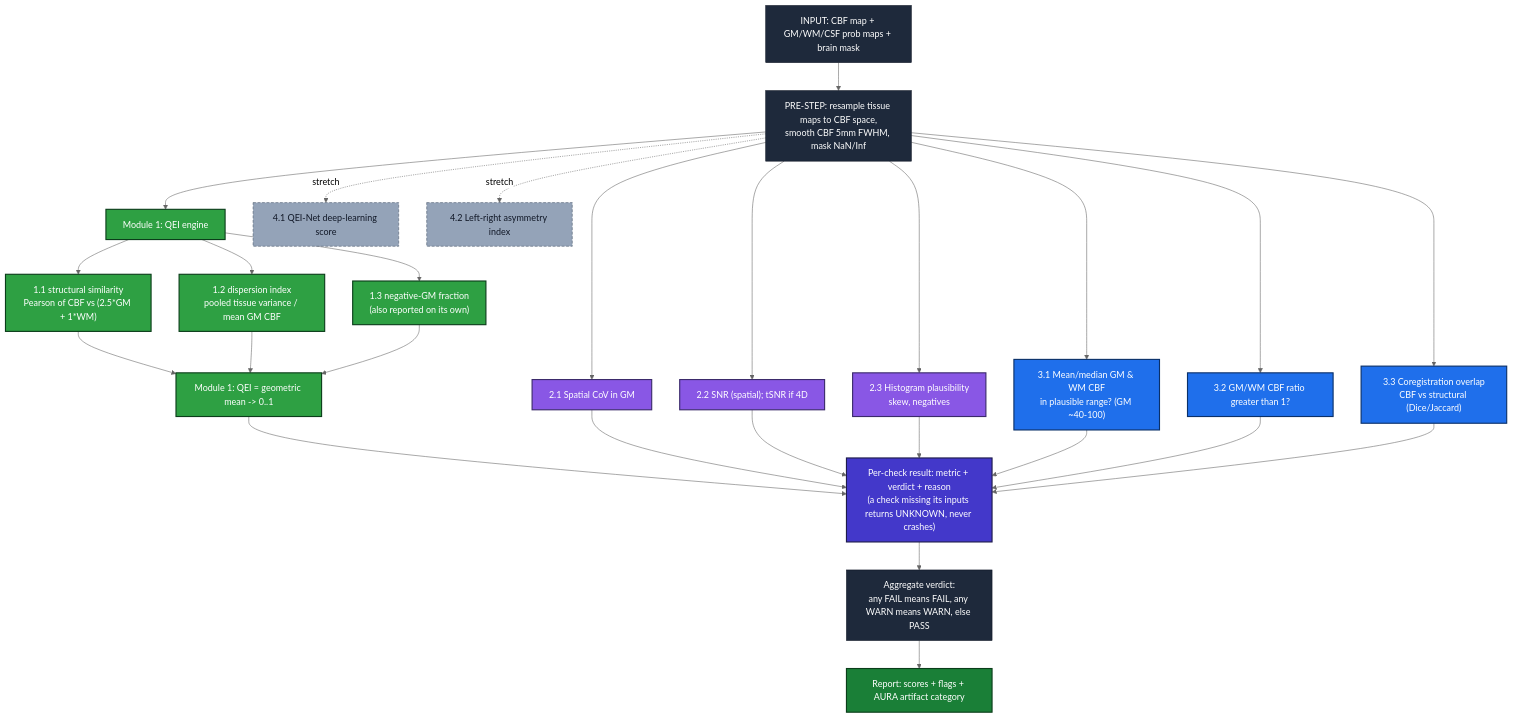
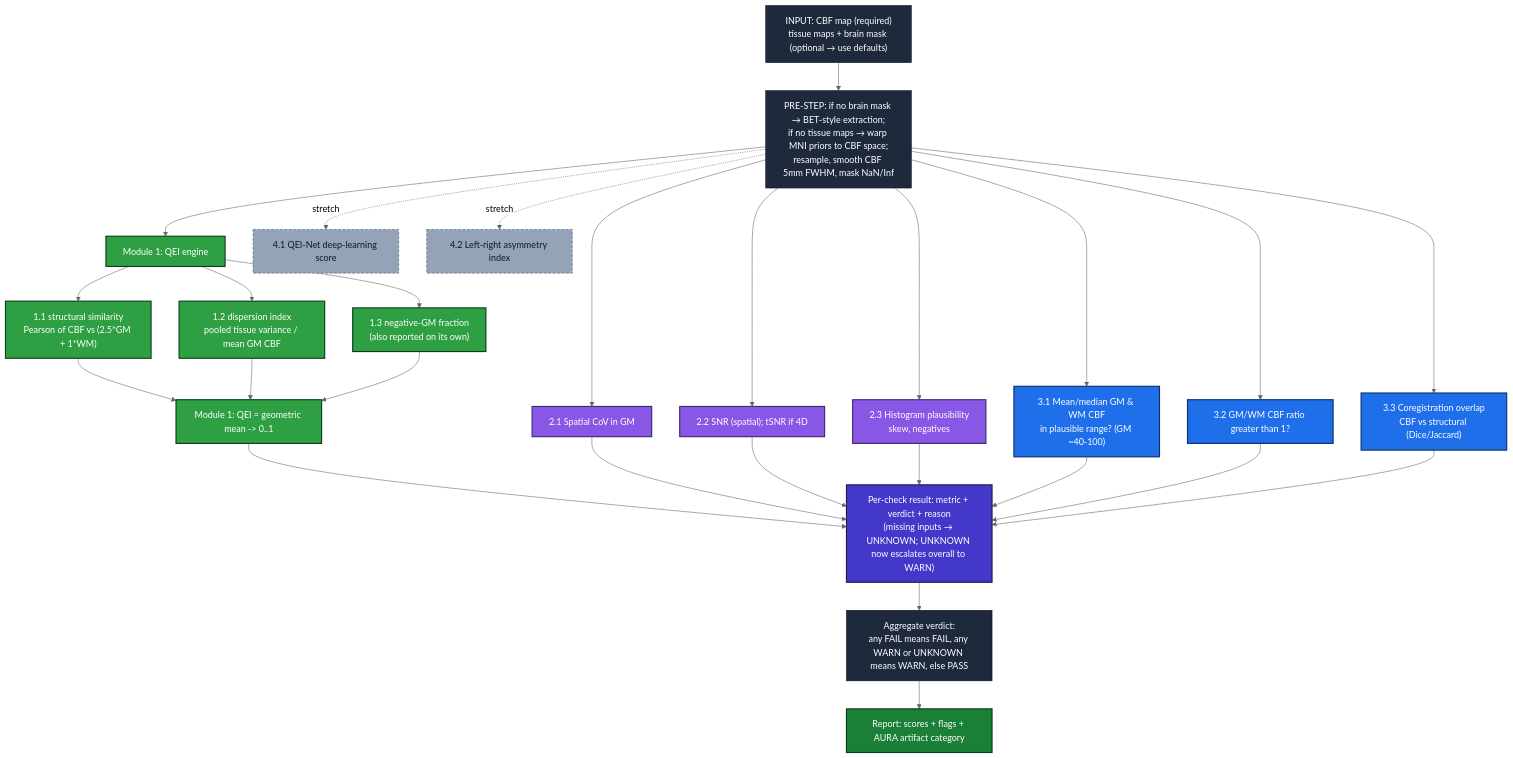
The second of 4 diagrams in qc-design.md (Jitmisra/OSIPI-DOCS), drawn with Mermaid (neutral theme) before and after one commit. The commit also changed other lines of this file, not shown here.

````diff
--- a/qc-design.md
+++ b/qc-design.md
@@ -110,48 +110,48 @@
 ```mermaid
 flowchart TD
-  A["INPUT: CBF map + GM/WM/CSF prob maps + brain mask"] --> C["PRE-STEP: resample tissue maps to CBF space,<br/>smooth CBF 5mm FWHM, mask NaN/Inf"]
+  A["INPUT: CBF map (required)<br/>tissue maps + brain mask (optional → use defaults)"] --> C["PRE-STEP: if no brain mask → BET-style extraction;<br/>if no tissue maps → warp MNI priors to CBF space;<br/>resample, smooth CBF 5mm FWHM, mask NaN/Inf"]
 
   C --> Q["Module 1: QEI engine"]
   Q --> Q1["1.1 structural similarity<br/>Pearson of CBF vs (2.5*GM + 1*WM)"]
   Q --> Q2["1.2 dispersion index<br/>pooled tissue variance / mean GM CBF"]
   Q --> Q3["1.3 negative-GM fraction<br/>(also reported on its own)"]
   Q1 --> QS["Module 1: QEI = geometric mean -> 0..1"]
   Q2 --> QS
   Q3 --> QS
 
   C --> M21["2.1 Spatial CoV in GM"]
   C --> M22["2.2 SNR (spatial); tSNR if 4D"]
   C --> M23["2.3 Histogram plausibility<br/>skew, negatives"]
 
   C --> M31["3.1 Mean/median GM & WM CBF<br/>in plausible range? (GM ~40-100)"]
   C --> M32["3.2 GM/WM CBF ratio greater than 1?"]
   C --> M33["3.3 Coregistration overlap<br/>CBF vs structural (Dice/Jaccard)"]
 
   C -.stretch.-> M41["4.1 QEI-Net deep-learning score"]
   C -.stretch.-> M42["4.2 Left-right asymmetry index"]
 
-  QS --> V["Per-check result: metric + verdict + reason<br/>(a check missing its inputs returns UNKNOWN, never crashes)"]
+  QS --> V["Per-check result: metric + verdict + reason<br/>(missing inputs → UNKNOWN; UNKNOWN now escalates overall to WARN)"]
   M21 --> V
   M22 --> V
   M23 --> V
   M31 --> V
   M32 --> V
   M33 --> V
-  V --> AGG["Aggregate verdict:<br/>any FAIL means FAIL, any WARN means WARN, else PASS"]
+  V --> AGG["Aggregate verdict:<br/>any FAIL means FAIL, any WARN or UNKNOWN means WARN, else PASS"]
   AGG --> REP["Report: scores + flags + AURA artifact category"]
 
   classDef struct fill:#1e293b,color:#fff,stroke:#0b1220,stroke-width:1px;
   classDef collect fill:#4338ca,color:#fff,stroke:#1e1b4b,stroke-width:2px;
   classDef m1 fill:#2ea043,color:#fff,stroke:#0b3d1a,stroke-width:2px;
   classDef m2 fill:#8957e5,color:#fff,stroke:#3b2a6b,stroke-width:2px;
   classDef m3 fill:#1f6feb,color:#fff,stroke:#0a3069,stroke-width:2px;
   classDef m4 fill:#94a3b8,color:#111827,stroke:#475569,stroke-width:1px,stroke-dasharray:5 3;
   classDef report fill:#1a7f37,color:#fff,stroke:#0b3d1a,stroke-width:2px;
   class A,C,AGG struct;
   class V collect;
   class Q,Q1,Q2,Q3,QS m1;
   class M21,M22,M23 m2;
   class M31,M32,M33 m3;
   class M41,M42 m4;
   class REP report;
 ```
````
